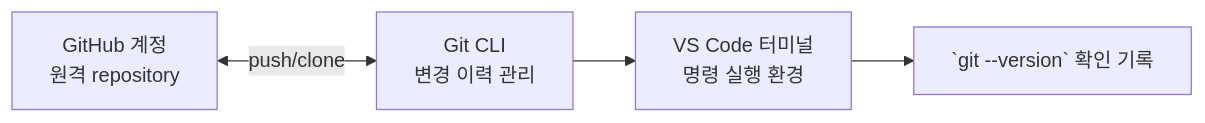
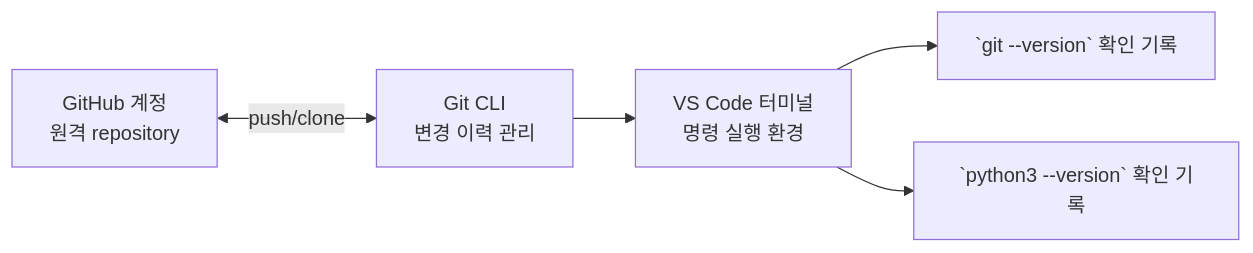
One commit to niceguy61/kdt_devops_lecture_2026_rev2 changed the diagram in week1/day2/lesson-02.md. Above: the diagram before and after it, drawn with Mermaid. The commit also changed other lines of this file and 2 other files, not shown here.

Commit message:
Add Python setup to day two environment check

````diff
--- a/week1/day2/lesson-02.md
+++ b/week1/day2/lesson-02.md
@@ -31,6 +31,7 @@
 ```mermaid
 flowchart LR
     A[GitHub 계정<br/>원격 repository] <-- push/clone --> B[Git CLI<br/>변경 이력 관리]
     B --> C[VS Code 터미널<br/>명령 실행 환경]
     C --> D[`git --version` 확인 기록]
+    C --> E[`python3 --version` 확인 기록]
 ```
````
